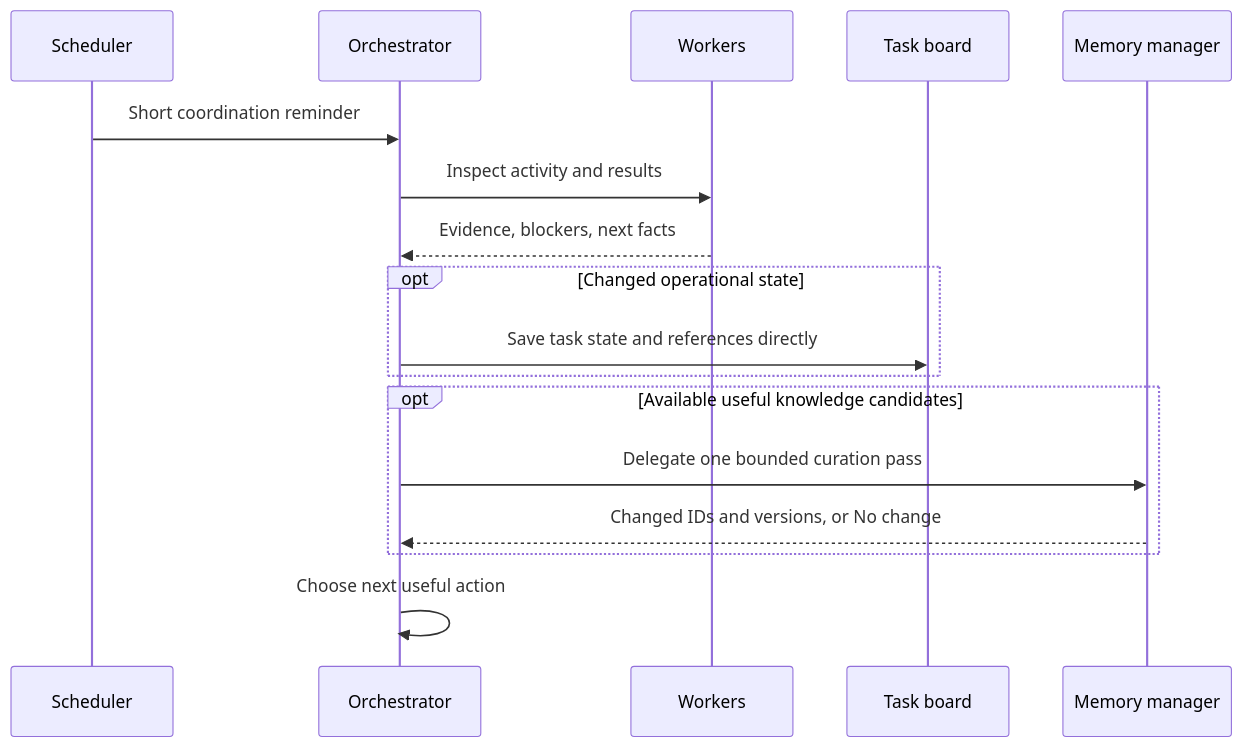
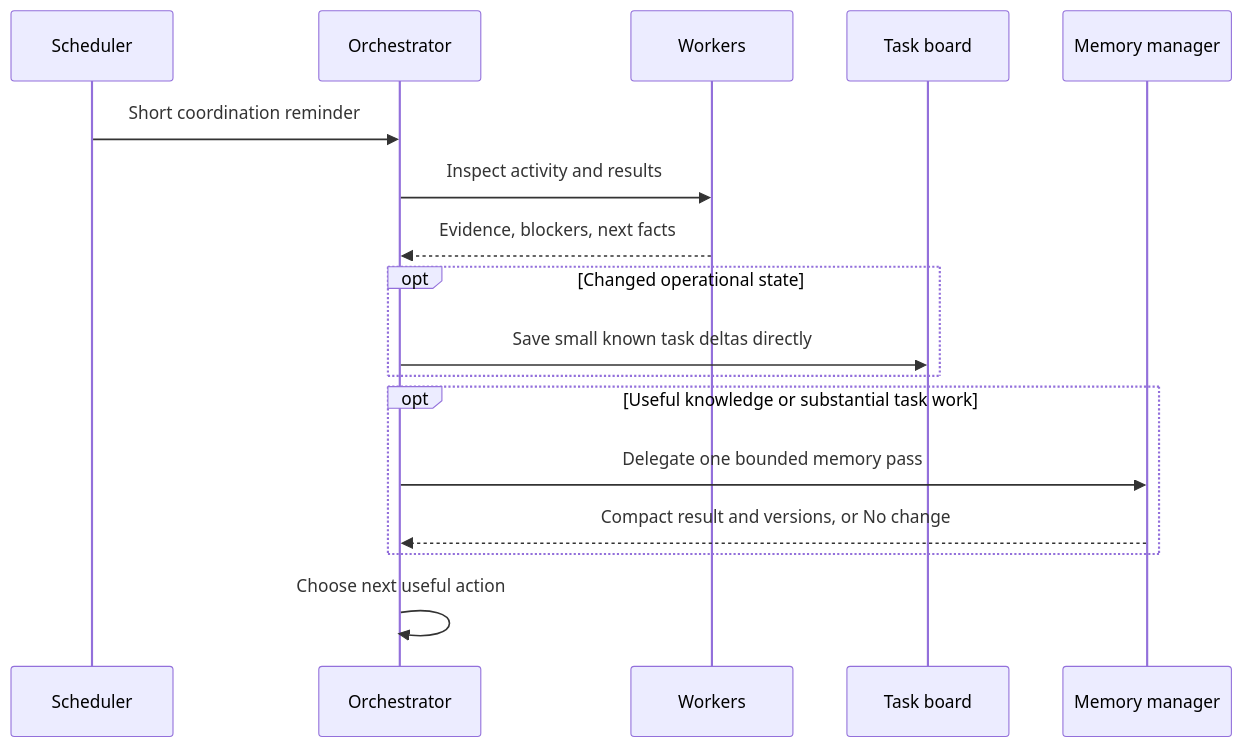
One commit to smartfrog/opencode-froggy changed the fifth of 5 diagrams in docs/orchestration.md. Above: the diagram before and after it, drawn with Mermaid. The commit also changed other lines of this file and 5 other files, not shown here.

Commit message:
docs(memory): clarify hybrid task ownership

````diff
--- a/docs/orchestration.md
+++ b/docs/orchestration.md
@@ -203,19 +203,19 @@
 ```mermaid
 sequenceDiagram
     participant Timer as Scheduler
     participant O as Orchestrator
     participant W as Workers
     participant T as Task board
     participant M as Memory manager
     Timer->>O: Short coordination reminder
     O->>W: Inspect activity and results
     W-->>O: Evidence, blockers, next facts
     opt Changed operational state
-        O->>T: Save task state and references directly
+        O->>T: Save small known task deltas directly
     end
-    opt Available useful knowledge candidates
-        O->>M: Delegate one bounded curation pass
-        M-->>O: Changed IDs and versions, or No change
+    opt Useful knowledge or substantial task work
+        O->>M: Delegate one bounded memory pass
+        M-->>O: Compact result and versions, or No change
     end
     O->>O: Choose next useful action
 ```
````
